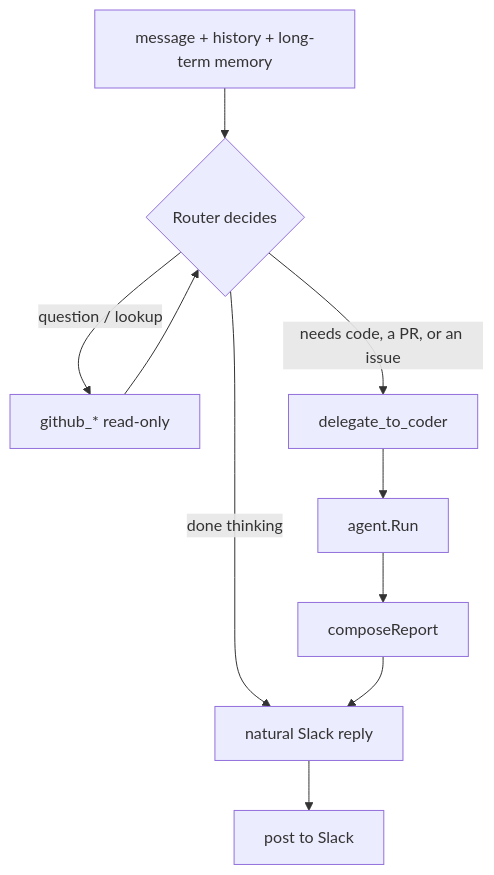
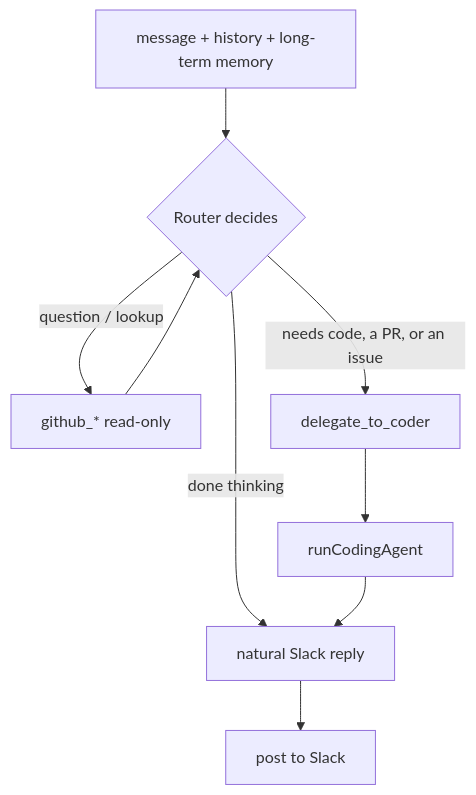
One commit to hetsaraiya/spores changed the third of 5 diagrams in ARCHITECTURE.md. Above: the diagram before and after it, drawn with Mermaid. The commit also changed other lines of this file and 10 other files, not shown here.

````diff
--- a/ARCHITECTURE.md
+++ b/ARCHITECTURE.md
@@ -100,9 +99,9 @@
 ```mermaid
 flowchart TD
     A[message + history + long-term memory] --> B{Router decides}
     B -->|question / lookup| C[github_* read-only] --> B
     B -->|needs code, a PR, or an issue| E[delegate_to_coder]
     B -->|done thinking| F[natural Slack reply]
-    E --> G[agent.Run] --> H[composeReport] --> F
+    E --> G[runCodingAgent] --> F
     F --> I[post to Slack]
 ```
````
